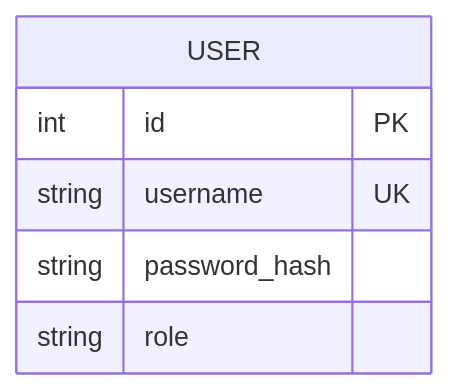
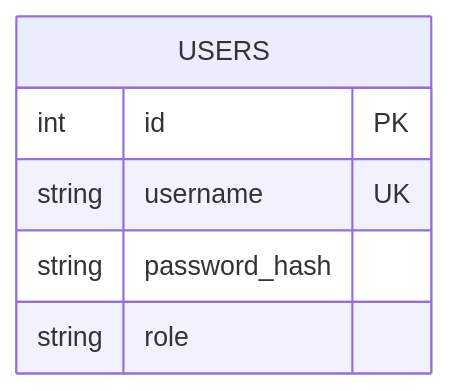
One commit to RinchinH/sport-catalog changed the second of 3 diagrams in docs/Паспорт_архитектуры.md. Above: the diagram before and after it, drawn with Mermaid. The commit also changed other lines of this file, not shown here.

Commit message:
Update architecture passport

````diff
--- a/docs/Паспорт_архитектуры.md
+++ b/docs/Паспорт_архитектуры.md
@@ -76,9 +142,9 @@
 ```mermaid
 erDiagram
-    USER {
+    USERS {
         int id PK
         string username UK
         string password_hash
         string role
     }
 ```
````
